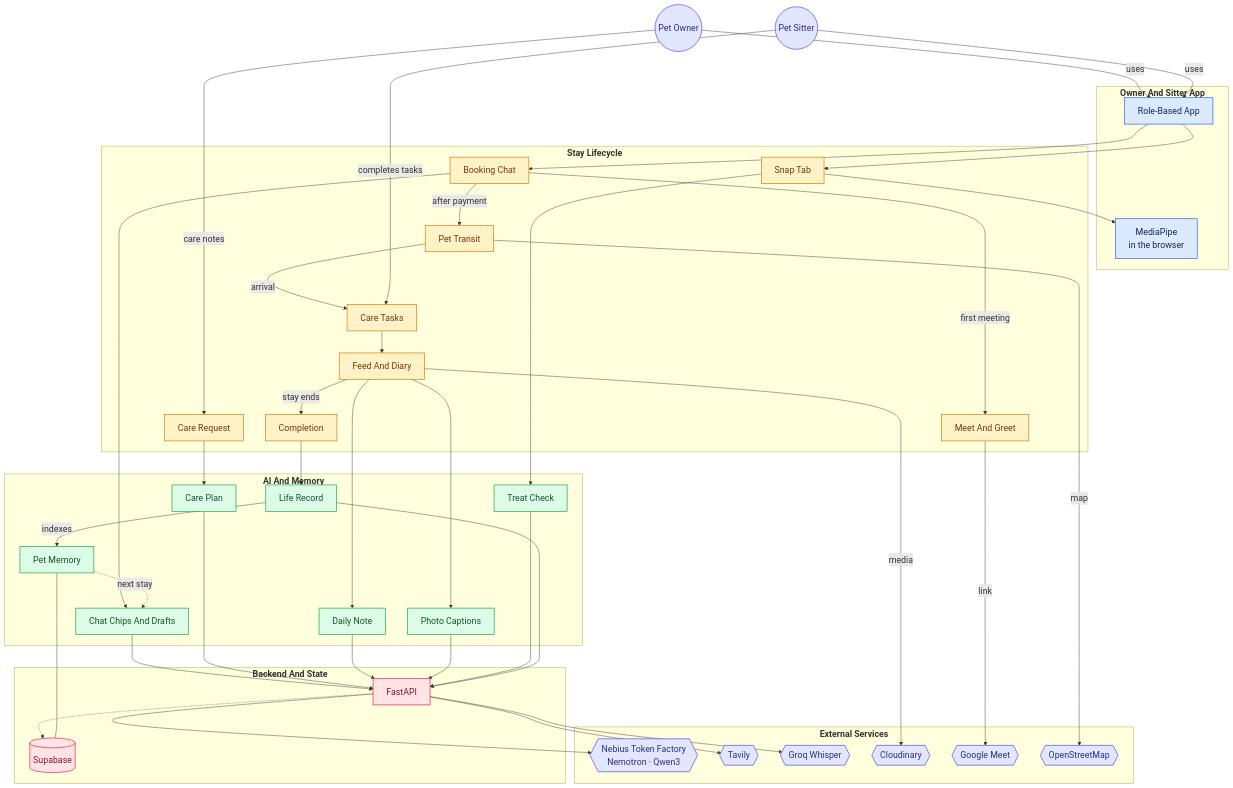
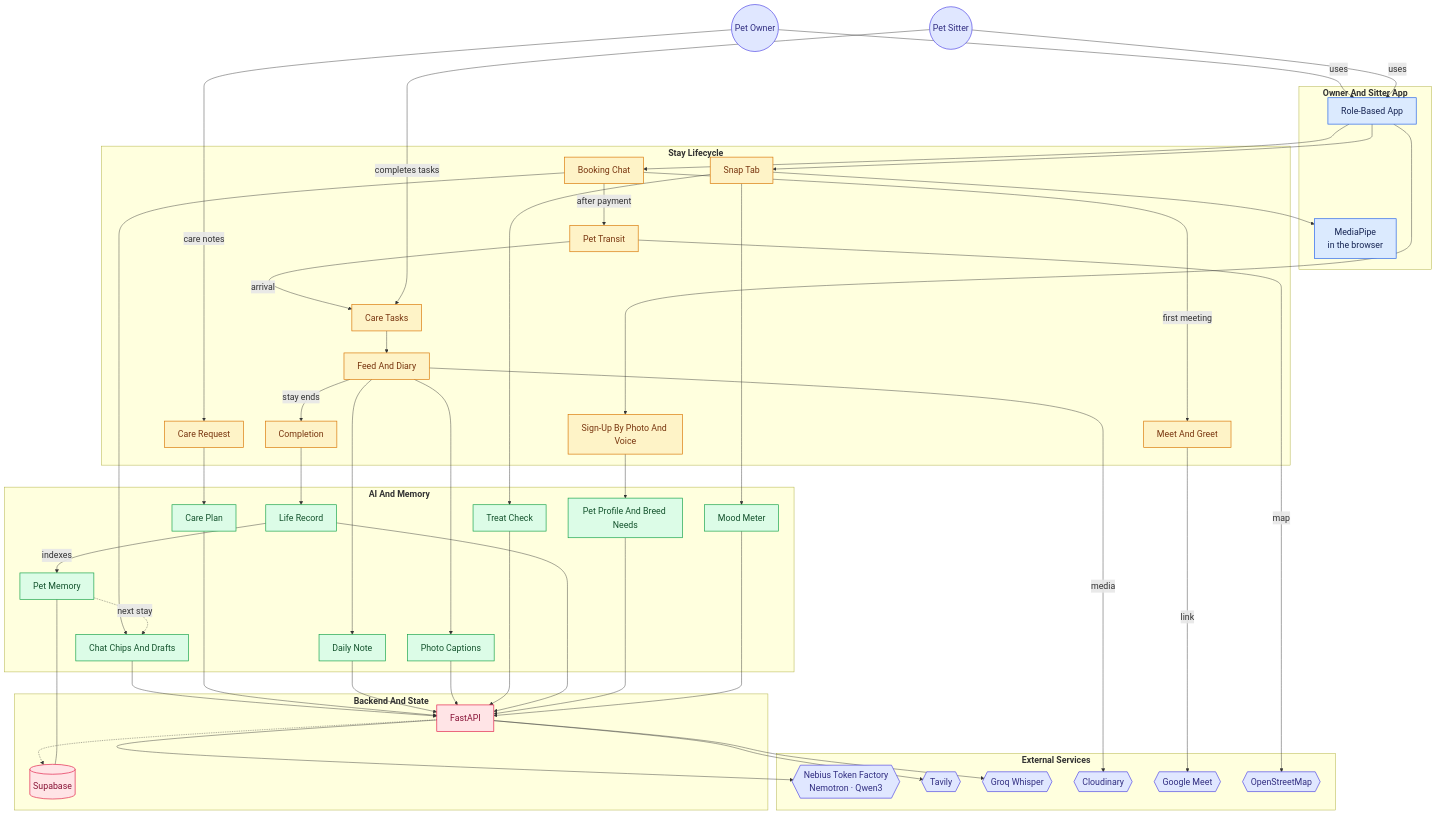
The diagram in README.md (minsikpaul92/Goldito), drawn with Mermaid before and after one commit. The commit also changed other lines of this file and 2 other files, not shown here.

First line of the commit message:
docs: README feedback log open, Care and Pet Transit folded, diagram and setup steps refreshed, team GitHub links (#455)

````diff
--- a/README.md
+++ b/README.md
@@ -347,6 +343,7 @@
   node_daily_updates["Feed And Diary"]
   node_completion["Completion"]
   node_snap["Snap Tab"]
+  node_signup["Sign-Up By Photo And Voice"]
 end
 
 subgraph group_ai["<b>AI And Memory</b>"]
@@ -356,6 +353,8 @@
   node_ai_caption["Photo Captions"]
   node_ai_safety["Treat Check"]
   node_ai_life["Life Record"]
+  node_ai_profile["Pet Profile And Breed Needs"]
+  node_ai_mood["Mood Meter"]
   node_rag["Pet Memory"]
 end
 
@@ -380,6 +379,7 @@
 node_sitter -->|"uses"| node_mobile
 node_mobile --> node_chat
 node_mobile --> node_snap
+node_mobile --> node_signup
 node_snap --> node_browser
 node_chat --> node_ai_chat
 node_chat -->|"first meeting"| node_meet
@@ -394,7 +394,9 @@
 node_daily_updates -->|"stay ends"| node_completion
 node_completion --> node_ai_life
 node_snap --> node_ai_safety
-node_ai_chat & node_ai_care & node_ai_daily & node_ai_caption & node_ai_safety & node_ai_life --> node_api
+node_snap --> node_ai_mood
+node_signup --> node_ai_profile
+node_ai_chat & node_ai_care & node_ai_daily & node_ai_caption & node_ai_safety & node_ai_life & node_ai_profile & node_ai_mood --> node_api
 node_api --> node_nebius
 node_api --> node_tavily
 node_api --> node_groq
@@ -412,8 +414,8 @@
 classDef toneRose fill:#ffe4e6,stroke:#e11d48,stroke-width:1.5px,color:#881337
 classDef toneIndigo fill:#e0e7ff,stroke:#4f46e5,stroke-width:1.5px,color:#312e81
 class node_mobile,node_browser toneBlue
-class node_chat,node_meet,node_care_request,node_transit,node_care_tasks,node_daily_updates,node_completion,node_snap toneAmber
-class node_ai_chat,node_ai_care,node_ai_daily,node_ai_caption,node_ai_safety,node_ai_life,node_rag toneMint
+class node_chat,node_meet,node_care_request,node_transit,node_care_tasks,node_daily_updates,node_completion,node_snap,node_signup toneAmber
+class node_ai_chat,node_ai_care,node_ai_daily,node_ai_caption,node_ai_safety,node_ai_life,node_ai_profile,node_ai_mood,node_rag toneMint
 class node_api,node_supabase toneRose
 class node_nebius,node_tavily,node_groq,node_cloudinary,node_google_meet,node_osm,node_owner,node_sitter toneIndigo
 ```
````
